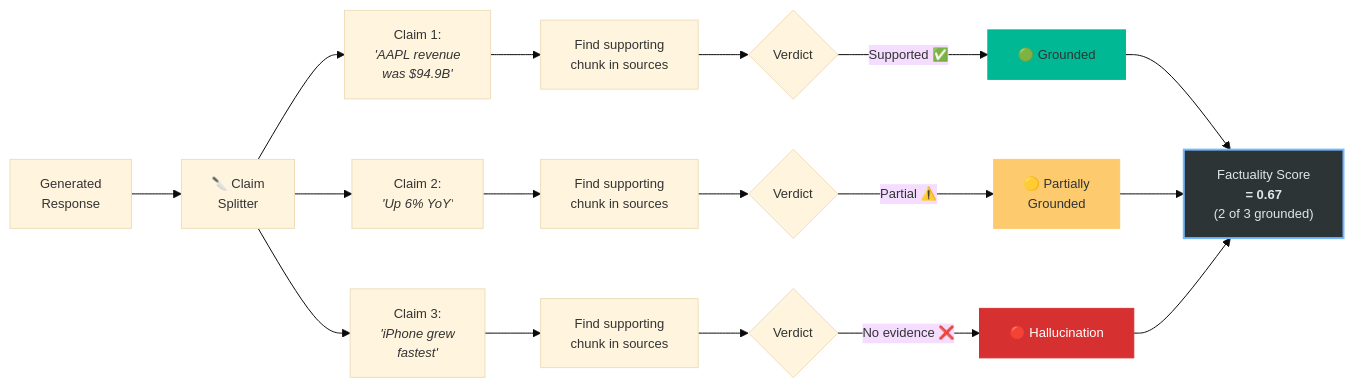
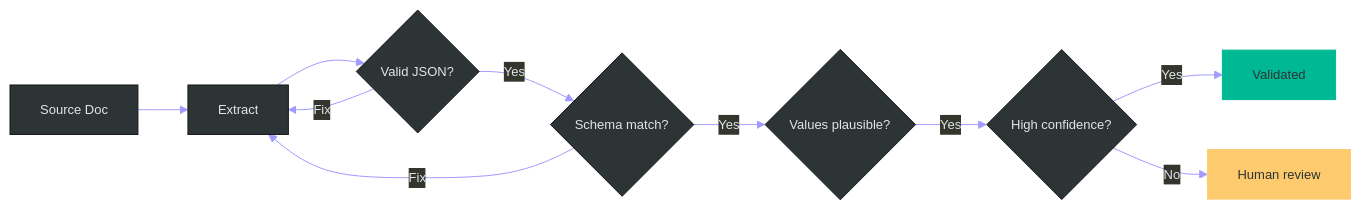
The fifth of 8 diagrams in README.md (climax-dev-1/temp), drawn with Mermaid before and after one commit. The commit also changed other lines of this file, not shown here.

````diff
--- a/README.md
+++ b/README.md
@@ -510,30 +215,16 @@
 ```mermaid
-%%{init: {'theme': 'base', 'themeVariables': {'fontSize': '13px'}}}%%
+%%{init: {'theme': 'base', 'themeVariables': { 'primaryColor': '#2d3436', 'primaryTextColor': '#dfe6e9', 'lineColor': '#a29bfe', 'fontSize': '13px'}}}%%
 flowchart LR
-    RESP["Generated<br/>Response"] --> SPLIT["🔪 Claim<br/>Splitter"]
+    DOC["Source Doc"] --> EX["Extract"]
+    EX --> V1{"Valid JSON?"}
+    V1 -->|"Fix"| EX
+    V1 -->|"Yes"| V2{"Schema match?"}
+    V2 -->|"Fix"| EX
+    V2 -->|"Yes"| V3{"Values plausible?"}
+    V3 -->|"Yes"| CONF{"High confidence?"}
+    CONF -->|"Yes"| OK["Validated"]
+    CONF -->|"No"| HUMAN["Human review"]
 
-    SPLIT --> C1["Claim 1:<br/><i>'AAPL revenue<br/>was $94.9B'</i>"]
-    SPLIT --> C2["Claim 2:<br/><i>'Up 6% YoY'</i>"]
-    SPLIT --> C3["Claim 3:<br/><i>'iPhone grew<br/>fastest'</i>"]
-
-    C1 --> M1["Find supporting<br/>chunk in sources"]
-    C2 --> M2["Find supporting<br/>chunk in sources"]
-    C3 --> M3["Find supporting<br/>chunk in sources"]
-
-    M1 --> J1{"Verdict"}
-    M2 --> J2{"Verdict"}
-    M3 --> J3{"Verdict"}
-
-    J1 -->|"Supported ✅"| G["🟢 Grounded"]
-    J2 -->|"Partial ⚠️"| P["🟡 Partially<br/>Grounded"]
-    J3 -->|"No evidence ❌"| H["🔴 Hallucination"]
-
-    G --> SCORE["Factuality Score<br/><b>= 0.67</b><br/>(2 of 3 grounded)"]
-    P --> SCORE
-    H --> SCORE
-
-    style G fill:#00b894,color:#2d3436,stroke:#00b894
-    style P fill:#fdcb6e,color:#2d3436,stroke:#fdcb6e
-    style H fill:#d63031,color:#fff,stroke:#d63031
-    style SCORE fill:#2d3436,stroke:#74b9ff,stroke-width:2px,color:#dfe6e9
+    style OK fill:#00b894,stroke:#00b894,color:#2d3436
+    style HUMAN fill:#fdcb6e,stroke:#fdcb6e,color:#2d3436
 ```
````
